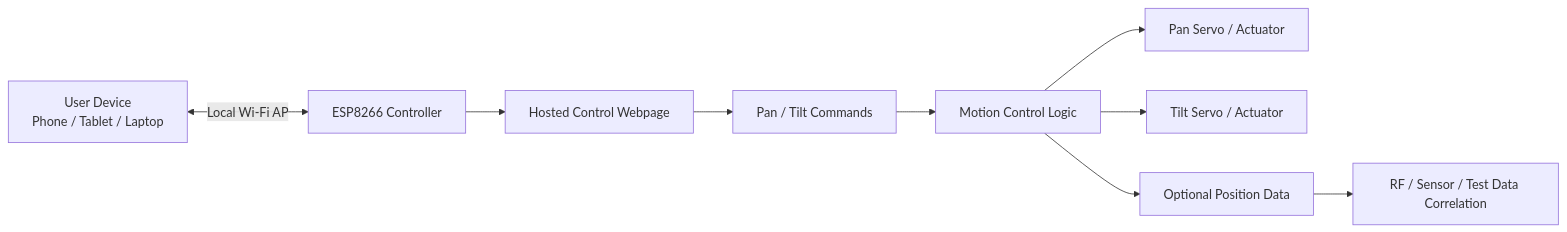
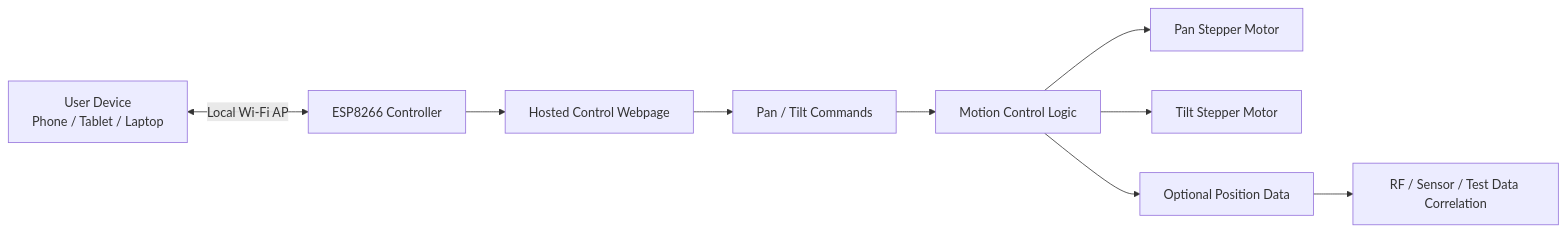
The first of 2 diagrams in README.md (Phoenixjack/Pan-Tilt-Platform), drawn with Mermaid before and after one commit. The commit also changed other lines of this file, not shown here.

````diff
--- a/README.md
+++ b/README.md
@@ -63,11 +52,11 @@
 ```mermaid
 flowchart LR
     USER[User Device<br>Phone / Tablet / Laptop] <-- Local Wi-Fi AP --> ESP[ESP8266 Controller]
     ESP --> WEB[Hosted Control Webpage]
     WEB --> CMD[Pan / Tilt Commands]
     CMD --> CONTROL[Motion Control Logic]
-    CONTROL --> PAN[Pan Servo / Actuator]
-    CONTROL --> TILT[Tilt Servo / Actuator]
+    CONTROL --> PAN[Pan Stepper Motor]
+    CONTROL --> TILT[Tilt Stepper Motor]
     CONTROL --> DATA[Optional Position Data]
     DATA --> RF[RF / Sensor / Test Data Correlation]
 ```
````
